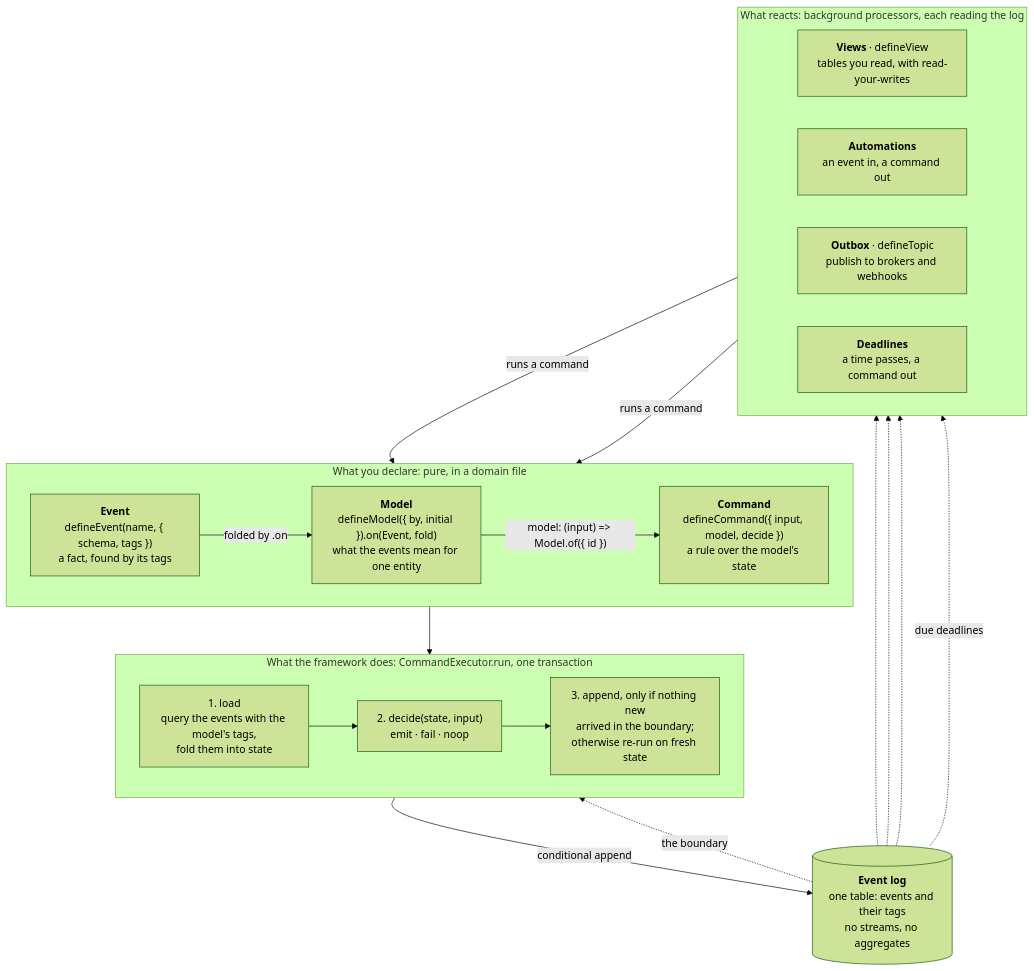
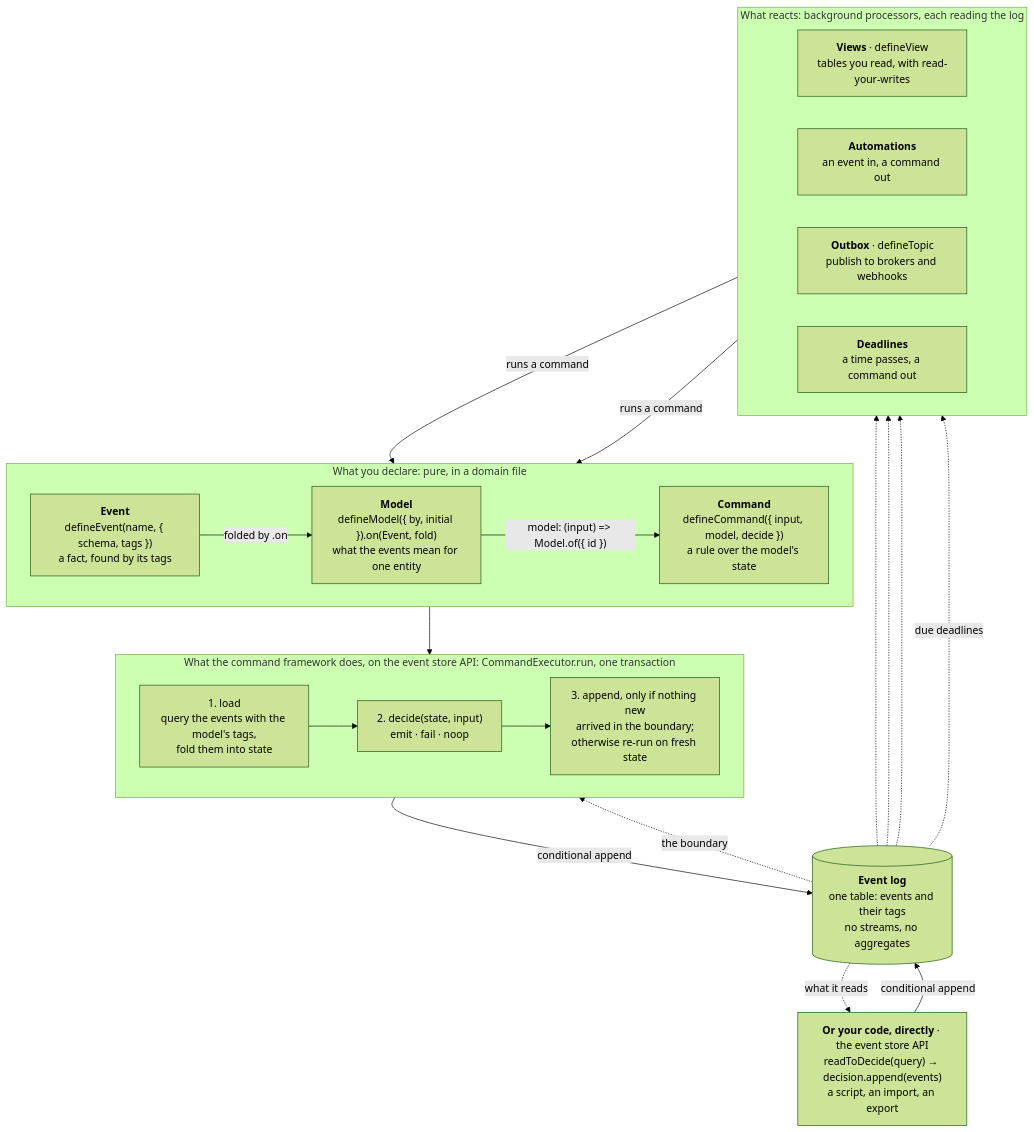
The first of 2 diagrams in README.md (rodolfodpk/ts-effect-crablet), drawn with Mermaid (forest theme) before and after one commit. The commit also changed other lines of this file and 23 other files, not shown here.

````diff
--- a/README.md
+++ b/README.md
@@ -27,39 +27,43 @@
 ```mermaid
 flowchart TB
   subgraph you["What you declare: pure, in a domain file"]
     direction LR
     ev["<b>Event</b><br/>defineEvent(name, { schema, tags })<br/>a fact, found by its tags"]
     mo["<b>Model</b><br/>defineModel({ by, initial }).on(Event, fold)<br/>what the events mean for one entity"]
     co["<b>Command</b><br/>defineCommand({ input, model, decide })<br/>a rule over the model's state"]
     ev -- "folded by .on" --> mo
     mo -- "model: (input) => Model.of({ id })" --> co
   end
 
-  subgraph fw["What the framework does: CommandExecutor.run, one transaction"]
+  subgraph fw["What the command framework does, on the event store API: CommandExecutor.run, one transaction"]
     direction LR
     load["1. load<br/>query the events with the model's tags,<br/>fold them into state"]
     dec["2. decide(state, input)<br/>emit · fail · noop"]
     app["3. append, only if nothing new<br/>arrived in the boundary;<br/>otherwise re-run on fresh state"]
     load --> dec --> app
   end
+
+  direct["<b>Or your code, directly</b> · the event store API<br/>readToDecide(query) → decision.append(events)<br/>a script, an import, an export"]
 
   log[("<b>Event log</b><br/>one table: events and their tags<br/>no streams, no aggregates")]
 
   subgraph react["What reacts: background processors, each reading the log"]
     direction LR
     vw["<b>Views</b> · defineView<br/>tables you read, with read-your-writes"]
     au["<b>Automations</b><br/>an event in, a command out"]
     ob["<b>Outbox</b> · defineTopic<br/>publish to brokers and webhooks"]
     dl["<b>Deadlines</b><br/>a time passes, a command out"]
   end
 
   co --> load
   log -. "the boundary" .-> load
   app -- "conditional append" --> log
+  log -. "what it reads" .-> direct
+  direct -- "conditional append" --> log
   log -.-> vw
   log -.-> au
   log -.-> ob
   log -. "due deadlines" .-> dl
   au -- "runs a command" --> co
   dl -- "runs a command" --> co
 ```
````
